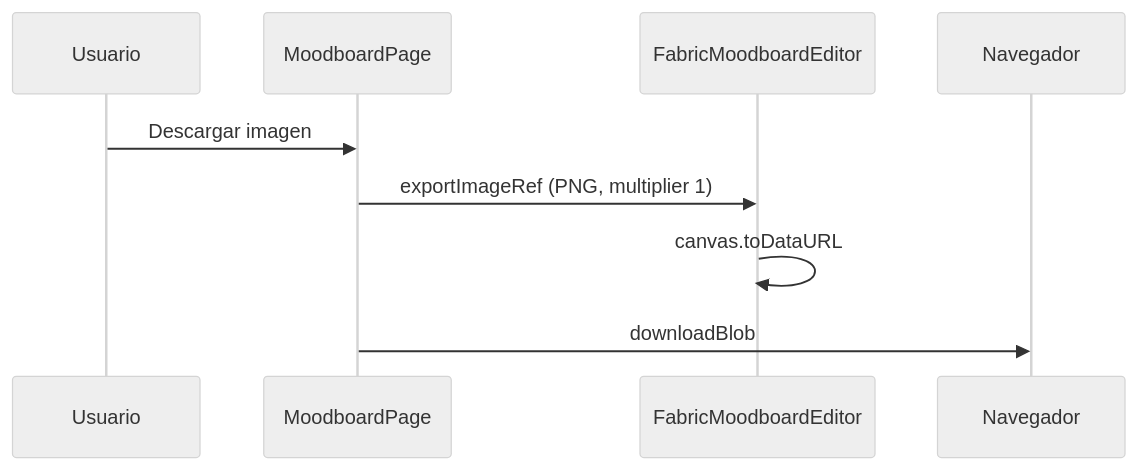
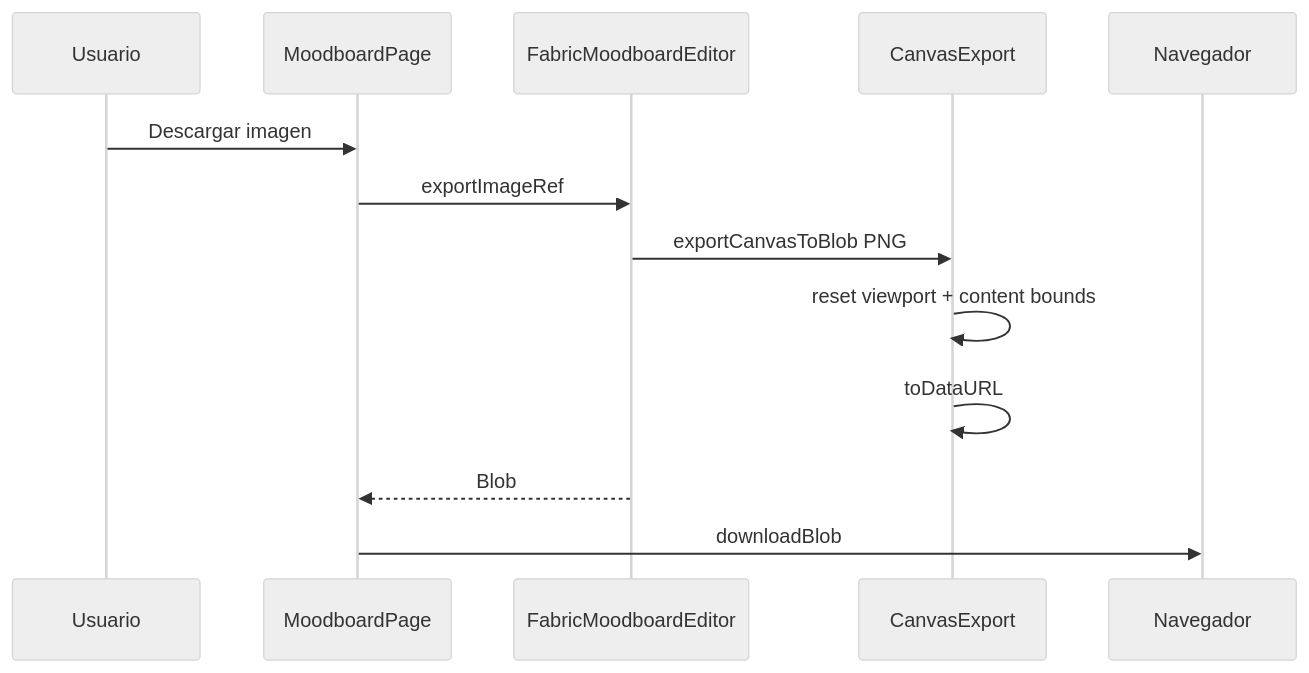
The fourth of 5 diagrams in docs/diagrams.md (tomasrobino/emotion-diary-server), drawn with Mermaid (neutral theme) before and after one commit. The commit also changed other lines of this file, not shown here.

````diff
--- a/docs/diagrams.md
+++ b/docs/diagrams.md
@@ -395,12 +397,16 @@
 ```mermaid
 sequenceDiagram
     participant Usuario
     participant MoodboardPage
     participant FabricMoodboardEditor
+    participant CanvasExport
     participant Navegador
 
     Usuario->>MoodboardPage: Descargar imagen
-    MoodboardPage->>FabricMoodboardEditor: exportImageRef (PNG, multiplier 1)
-    FabricMoodboardEditor->>FabricMoodboardEditor: canvas.toDataURL
+    MoodboardPage->>FabricMoodboardEditor: exportImageRef
+    FabricMoodboardEditor->>CanvasExport: exportCanvasToBlob PNG
+    CanvasExport->>CanvasExport: reset viewport + content bounds
+    CanvasExport->>CanvasExport: toDataURL
+    FabricMoodboardEditor-->>MoodboardPage: Blob
     MoodboardPage->>Navegador: downloadBlob
 ```
````
